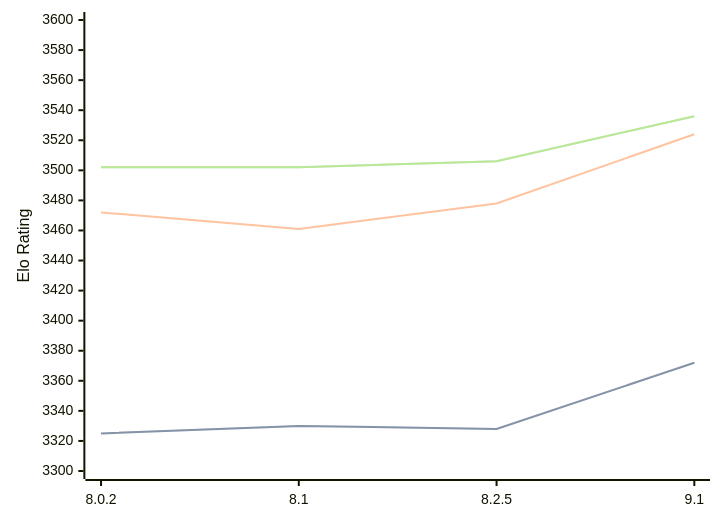
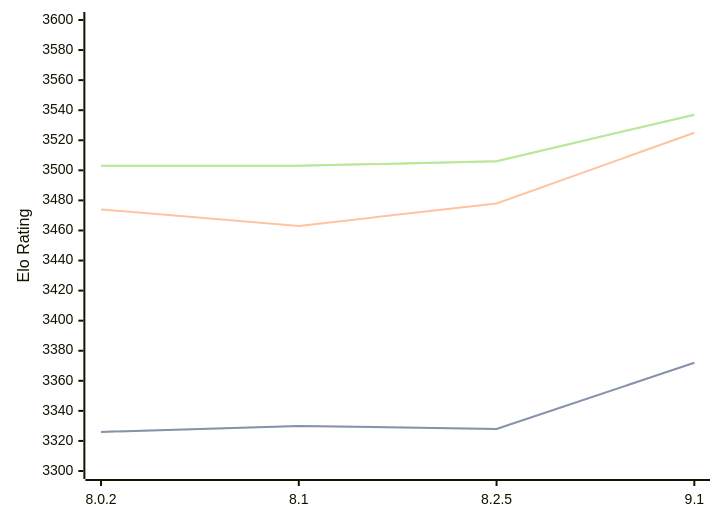
The diagram in engines/Clover.md (computer-chess-index/cci), drawn with Mermaid before and after one commit. The commit also changed other lines of this file, not shown here.

Commit message:
Update CCI Ratings (ELO VLTC) - 2026-08-05

````diff
--- a/engines/Clover.md
+++ b/engines/Clover.md
@@ -64,11 +64,11 @@
 ```mermaid
 %%{init: {"theme":"base","themeVariables":{"seriesColors:['#a3a3a3','#222221','#faa371']}}}%%
 xychart-beta
   x-axis ["8.0.2", "8.1", "8.2.5", "9.1"]
   y-axis "Elo Rating" 3300 --> 3600
-  line "STC (8.0+0.08s)" [3325, 3330, 3328, 3372]
-  line "STC (8.0+0.08s)" [3325, 3330, 3328, 3372]
-  line "LTC (60.0+0.60s)" [3472, 3461, 3478, 3524]
-  line "VLTC (2m24s+1.12s)" [3502, 3502, 3506, 3536]
-  line "VLTC (2m24s+1.12s)" [3502, 3502, 3506, 3536]
+  line "STC (8.0+0.08s)" [3326, 3330, 3328, 3372]
+  line "STC (8.0+0.08s)" [3326, 3330, 3328, 3372]
+  line "LTC (60.0+0.60s)" [3474, 3463, 3478, 3525]
+  line "VLTC (2m24s+1.12s)" [3503, 3503, 3506, 3537]
+  line "VLTC (2m24s+1.12s)" [3503, 3503, 3506, 3537]
 ```
````
